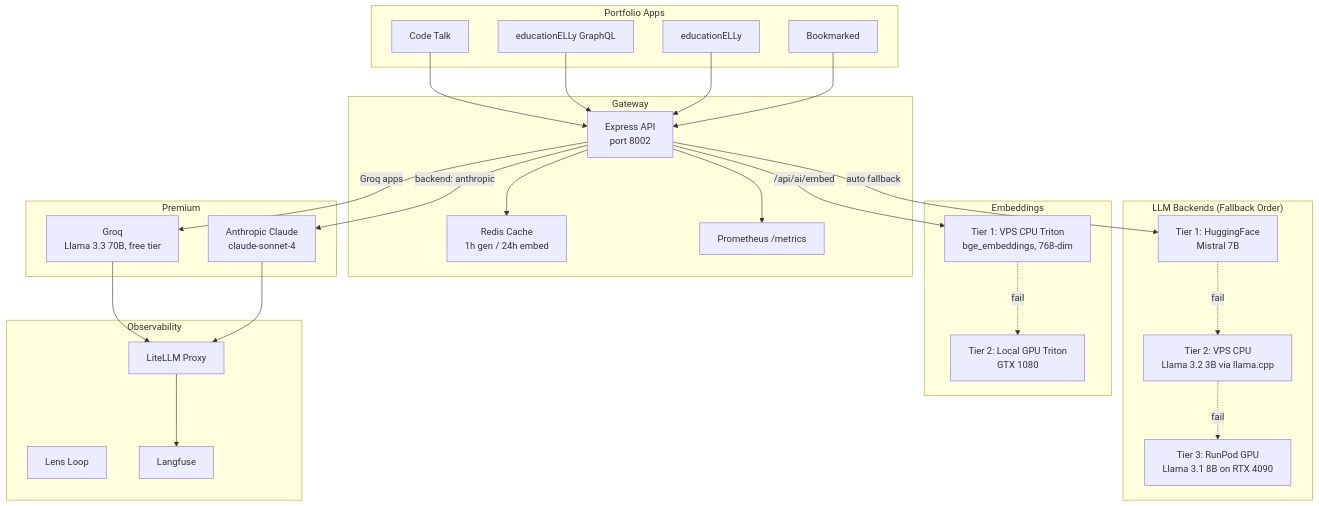
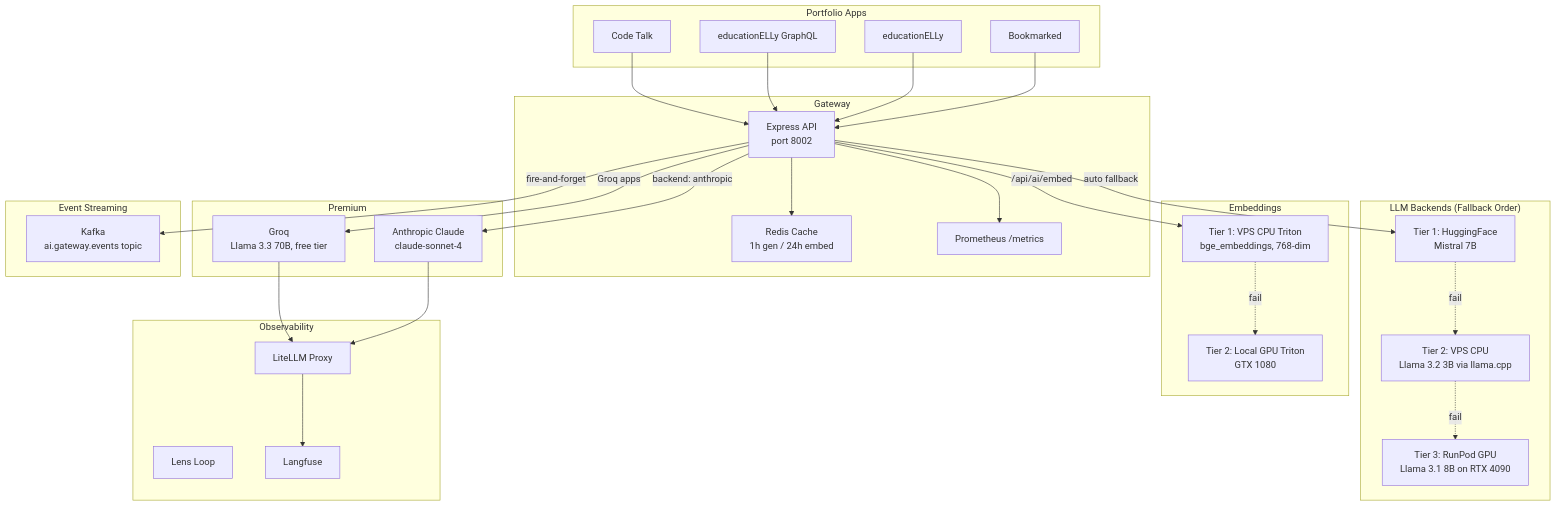
One commit to maxjeffwell/portfolio-gatsby changed the first of 2 diagrams in docs-site/docs/ai-ml/shared-ai-gateway.md. Above: the diagram before and after it, drawn with Mermaid. The commit also changed other lines of this file and 4 other files, not shown here.

First line of the commit message:
Update docs: backup architecture, Kafka streaming, database coverage, redact B2 details

````diff
--- a/docs-site/docs/ai-ml/shared-ai-gateway.md
+++ b/docs-site/docs/ai-ml/shared-ai-gateway.md
@@ -14,50 +14,55 @@
 ```mermaid
 graph TB
     subgraph Portfolio Apps
         BK[Bookmarked]
         ED[educationELLy]
         EG[educationELLy GraphQL]
         CT[Code Talk]
     end
 
     subgraph Gateway
         GW[Express API<br/>port 8002]
         CACHE[Redis Cache<br/>1h gen / 24h embed]
         PROM[Prometheus /metrics]
     end
 
     subgraph "LLM Backends (Fallback Order)"
         T1[Tier 1: HuggingFace<br/>Mistral 7B]
         T2[Tier 2: VPS CPU<br/>Llama 3.2 3B via llama.cpp]
         T3[Tier 3: RunPod GPU<br/>Llama 3.1 8B on RTX 4090]
     end
 
     subgraph Premium
         ANT[Anthropic Claude<br/>claude-sonnet-4]
         GRQ[Groq<br/>Llama 3.3 70B, free tier]
     end
 
     subgraph Embeddings
         EMB1[Tier 1: VPS CPU Triton<br/>bge_embeddings, 768-dim]
         EMB2[Tier 2: Local GPU Triton<br/>GTX 1080]
     end
 
+    subgraph "Event Streaming"
+        KF[Kafka<br/>ai.gateway.events topic]
+    end
+
     subgraph Observability
         LL[Lens Loop]
         LIT[LiteLLM Proxy]
         LF[Langfuse]
     end
 
     BK & ED & EG & CT --> GW
     GW --> CACHE
     GW --> PROM
+    GW -->|fire-and-forget| KF
     GW -->|auto fallback| T1
     T1 -.->|fail| T2
     T2 -.->|fail| T3
     GW -->|"backend: anthropic"| ANT
     GW -->|Groq apps| GRQ
     GW -->|/api/ai/embed| EMB1
     EMB1 -.->|fail| EMB2
     ANT & GRQ --> LIT
     LIT --> LF
 ```
````
